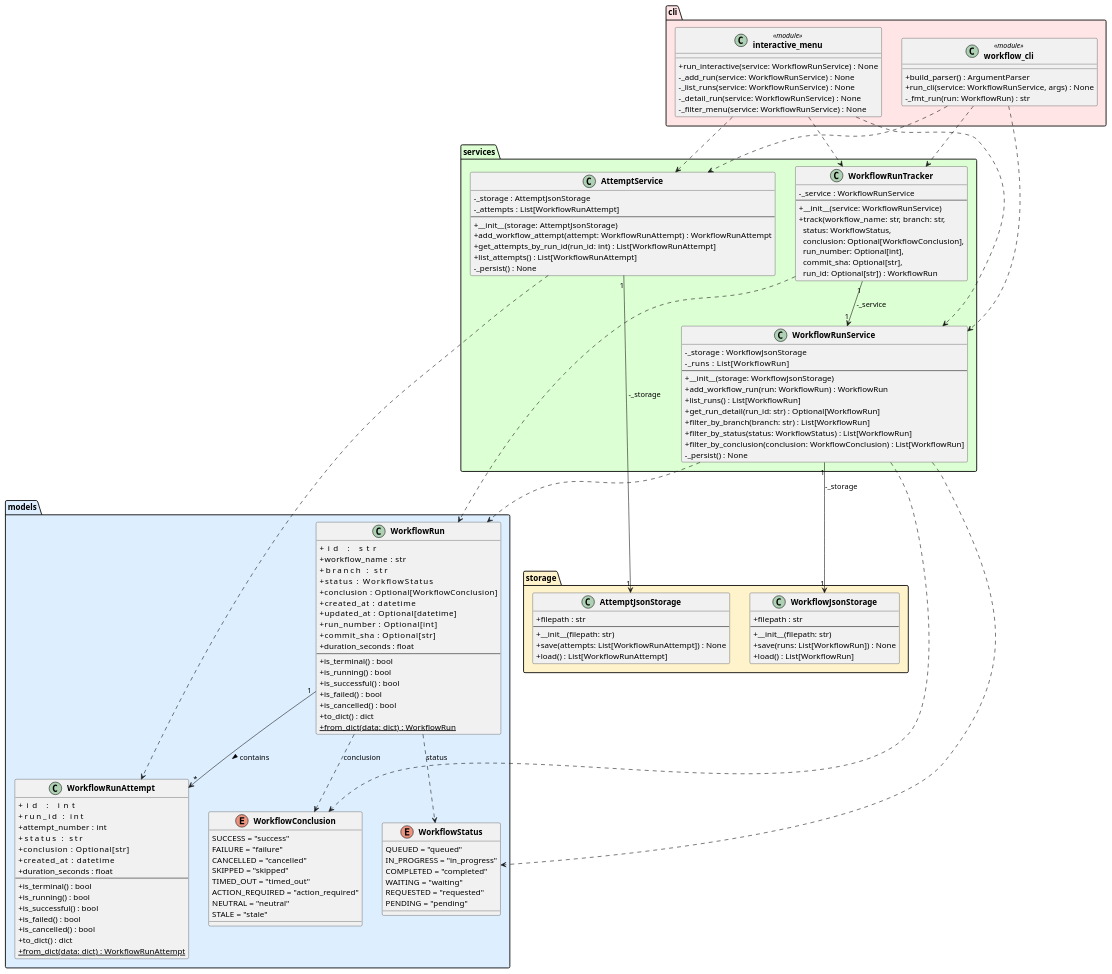
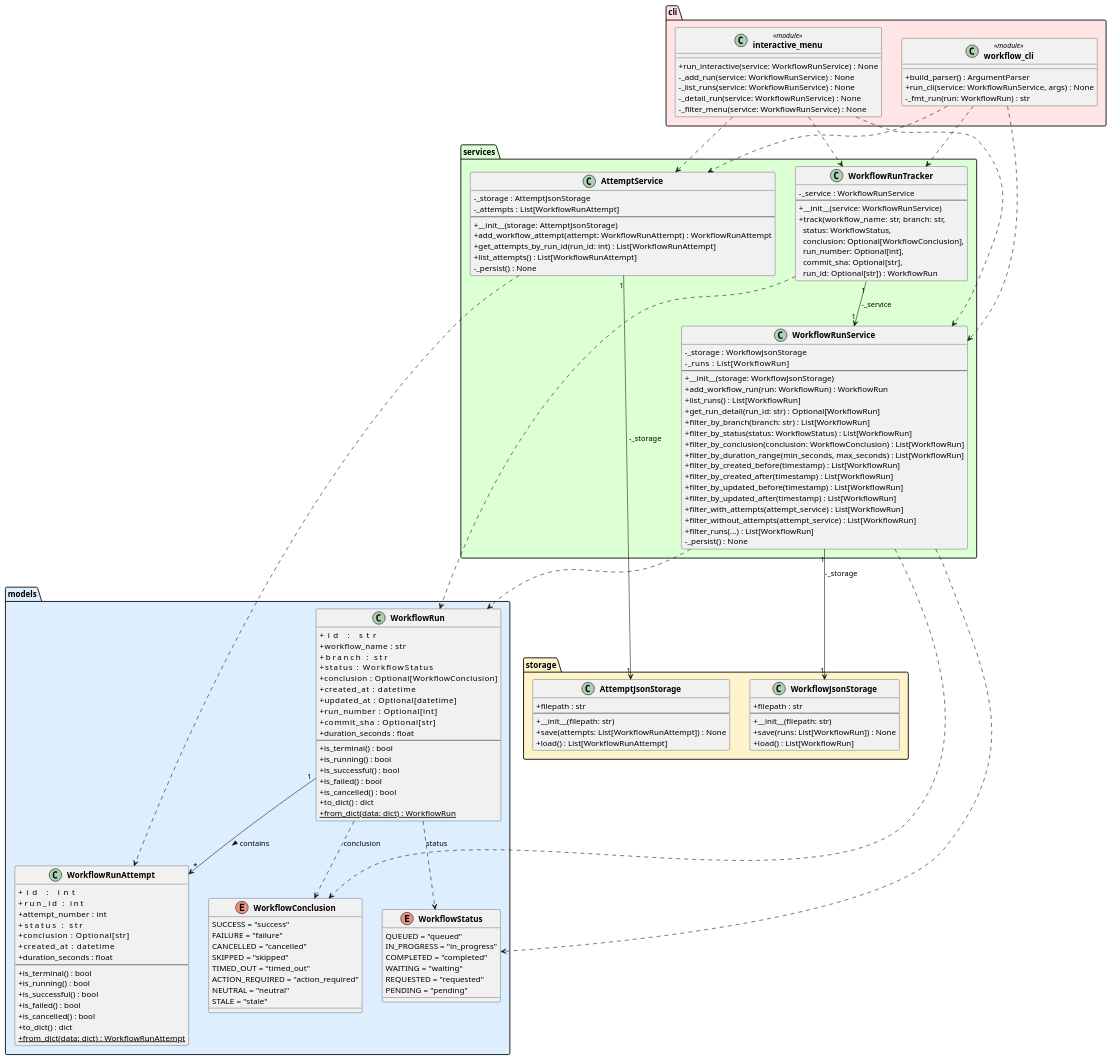
Before and after one commit to DanielRiha8906/Software_autoevolution_using_agents: the diagram in experiments/broadcast/structured_text/github-workflow-manager/artifacts/class_diagram.puml, drawn with PlantUML. The commit also changed 8 other files, not shown here.

First line of the commit message:
Task 05: Add filtering capabilities for workflow runs

```diff
--- a/experiments/broadcast/structured_text/github-workflow-manager/artifacts/class_diagram.puml
+++ b/experiments/broadcast/structured_text/github-workflow-manager/artifacts/class_diagram.puml
@@ -1,153 +1,161 @@
 @startuml class_diagram
 
 skinparam classAttributeIconSize 0
 skinparam classFontStyle bold
 
 package "models" #DDEEFF {
     enum WorkflowStatus {
         QUEUED = "queued"
         IN_PROGRESS = "in_progress"
         COMPLETED = "completed"
         WAITING = "waiting"
         REQUESTED = "requested"
         PENDING = "pending"
     }
 
     enum WorkflowConclusion {
         SUCCESS = "success"
         FAILURE = "failure"
         CANCELLED = "cancelled"
         SKIPPED = "skipped"
         TIMED_OUT = "timed_out"
         ACTION_REQUIRED = "action_required"
         NEUTRAL = "neutral"
         STALE = "stale"
     }
 
     class WorkflowRun {
         +id               : str
         +workflow_name    : str
         +branch           : str
         +status           : WorkflowStatus
         +conclusion       : Optional[WorkflowConclusion]
         +created_at       : datetime
         +updated_at       : Optional[datetime]
         +run_number       : Optional[int]
         +commit_sha       : Optional[str]
         +duration_seconds : float
         --
         +is_terminal() : bool
         +is_running() : bool
         +is_successful() : bool
         +is_failed() : bool
         +is_cancelled() : bool
         +to_dict() : dict
         +{static} from_dict(data: dict) : WorkflowRun
     }
 
     class WorkflowRunAttempt {
         +id               : int
         +run_id           : int
         +attempt_number   : int
         +status           : str
         +conclusion       : Optional[str]
         +created_at       : datetime
         +duration_seconds : float
         --
         +is_terminal() : bool
         +is_running() : bool
         +is_successful() : bool
         +is_failed() : bool
         +is_cancelled() : bool
         +to_dict() : dict
         +{static} from_dict(data: dict) : WorkflowRunAttempt
     }
 }
 
 package "storage" #FFF3CC {
     class WorkflowJsonStorage {
         +filepath : str
         --
         +__init__(filepath: str)
         +save(runs: List[WorkflowRun]) : None
         +load() : List[WorkflowRun]
     }
 
     class AttemptJsonStorage {
         +filepath : str
         --
         +__init__(filepath: str)
         +save(attempts: List[WorkflowRunAttempt]) : None
         +load() : List[WorkflowRunAttempt]
     }
 }
 
 package "services" #DDFFD4 {
     class WorkflowRunService {
         -_storage : WorkflowJsonStorage
         -_runs    : List[WorkflowRun]
         --
         +__init__(storage: WorkflowJsonStorage)
         +add_workflow_run(run: WorkflowRun) : WorkflowRun
         +list_runs() : List[WorkflowRun]
         +get_run_detail(run_id: str) : Optional[WorkflowRun]
         +filter_by_branch(branch: str) : List[WorkflowRun]
         +filter_by_status(status: WorkflowStatus) : List[WorkflowRun]
         +filter_by_conclusion(conclusion: WorkflowConclusion) : List[WorkflowRun]
+        +filter_by_duration_range(min_seconds, max_seconds) : List[WorkflowRun]
+        +filter_by_created_before(timestamp) : List[WorkflowRun]
+        +filter_by_created_after(timestamp) : List[WorkflowRun]
+        +filter_by_updated_before(timestamp) : List[WorkflowRun]
+        +filter_by_updated_after(timestamp) : List[WorkflowRun]
+        +filter_with_attempts(attempt_service) : List[WorkflowRun]
+        +filter_without_attempts(attempt_service) : List[WorkflowRun]
+        +filter_runs(...) : List[WorkflowRun]
         -_persist() : None
     }
 
     class WorkflowRunTracker {
         -_service : WorkflowRunService
         --
         +__init__(service: WorkflowRunService)
         +track(workflow_name: str, branch: str,\n  status: WorkflowStatus,\n  conclusion: Optional[WorkflowConclusion],\n  run_number: Optional[int],\n  commit_sha: Optional[str],\n  run_id: Optional[str]) : WorkflowRun
     }
 
     class AttemptService {
         -_storage : AttemptJsonStorage
         -_attempts : List[WorkflowRunAttempt]
         --
         +__init__(storage: AttemptJsonStorage)
         +add_workflow_attempt(attempt: WorkflowRunAttempt) : WorkflowRunAttempt
         +get_attempts_by_run_id(run_id: int) : List[WorkflowRunAttempt]
         +list_attempts() : List[WorkflowRunAttempt]
         -_persist() : None
     }
 }
 
 package "cli" #FFE5E5 {
     class "workflow_cli" <<module>> {
         +build_parser() : ArgumentParser
         +run_cli(service: WorkflowRunService, args) : None
         -_fmt_run(run: WorkflowRun) : str
     }
 
     class "interactive_menu" <<module>> {
         +run_interactive(service: WorkflowRunService) : None
         -_add_run(service: WorkflowRunService) : None
         -_list_runs(service: WorkflowRunService) : None
         -_detail_run(service: WorkflowRunService) : None
         -_filter_menu(service: WorkflowRunService) : None
     }
 }
 
 WorkflowRun                "1" --> "*" WorkflowRunAttempt   : contains >
 WorkflowRun                ..>  WorkflowStatus        : status
 WorkflowRun                ..>  WorkflowConclusion    : conclusion
 WorkflowRunService    "1" --> "1" WorkflowJsonStorage : -_storage
 WorkflowRunService         ..>  WorkflowRun
 WorkflowRunService         ..>  WorkflowStatus
 WorkflowRunService         ..>  WorkflowConclusion
 WorkflowRunTracker    "1" --> "1" WorkflowRunService  : -_service
 WorkflowRunTracker         ..>  WorkflowRun
 AttemptService       "1" --> "1" AttemptJsonStorage   : -_storage
 AttemptService             ..>  WorkflowRunAttempt
 "workflow_cli"             ..>  WorkflowRunService
 "workflow_cli"             ..>  WorkflowRunTracker
 "workflow_cli"             ..>  AttemptService
 "interactive_menu"         ..>  WorkflowRunService
 "interactive_menu"         ..>  WorkflowRunTracker
 "interactive_menu"         ..>  AttemptService
 
 @enduml
```
